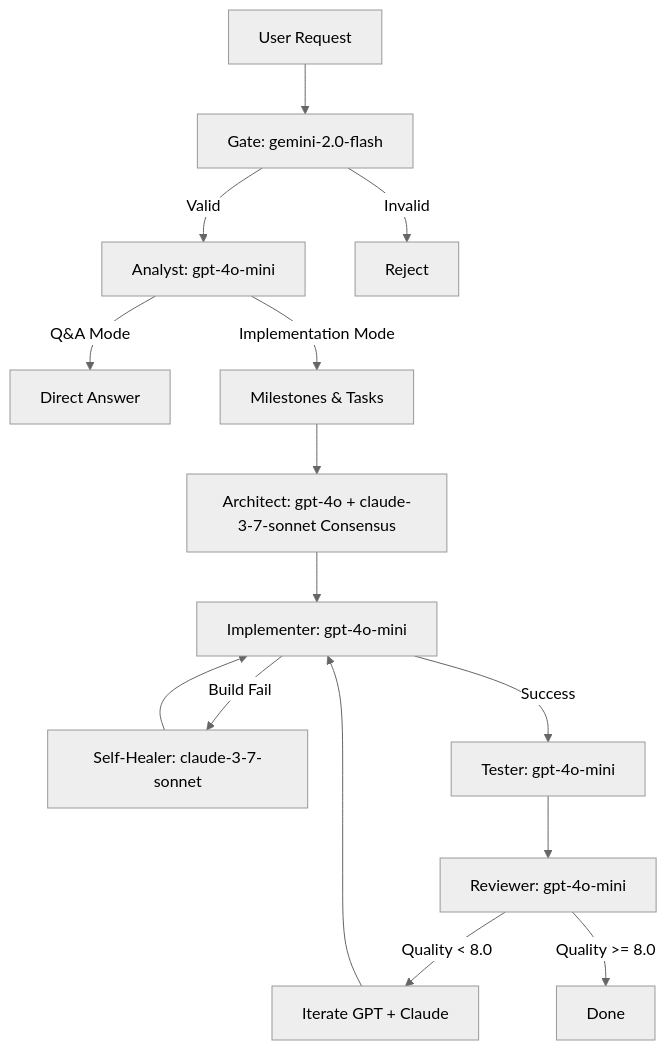
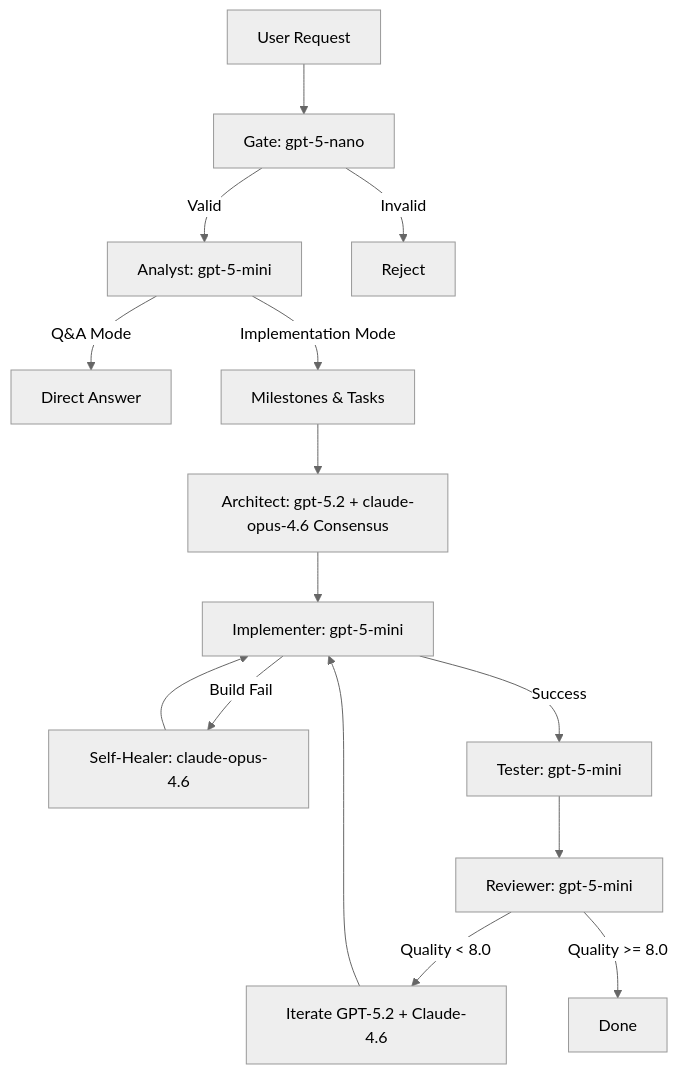
One commit to sasonaldekant/ai-code-orchestrator changed the diagram in docs/CURRENT_ARCHITECTURE.md. Above: the diagram before and after it, drawn with Mermaid (neutral theme). The commit also changed other lines of this file and 24 other files, not shown here.

````diff
--- a/docs/CURRENT_ARCHITECTURE.md
+++ b/docs/CURRENT_ARCHITECTURE.md
@@ -203,19 +203,19 @@
 ```mermaid
 graph TD
-    A[User Request] --> B[Gate: gemini-2.0-flash]
-    B -->|Valid| C[Analyst: gpt-4o-mini]
+    A[User Request] --> B[Gate: gpt-5-nano]
+    B -->|Valid| C[Analyst: gpt-5-mini]
     B -->|Invalid| Z[Reject]
     
     C -->|Q&A Mode| D[Direct Answer]
     C -->|Implementation Mode| E[Milestones & Tasks]
     
-    E --> F[Architect: gpt-4o + claude-3-7-sonnet Consensus]
-    F --> G[Implementer: gpt-4o-mini]
-    G -->|Build Fail| H[Self-Healer: claude-3-7-sonnet]
+    E --> F[Architect: gpt-5.2 + claude-opus-4.6 Consensus]
+    F --> G[Implementer: gpt-5-mini]
+    G -->|Build Fail| H[Self-Healer: claude-opus-4.6]
     H --> G
-    G -->|Success| I[Tester: gpt-4o-mini]
-    I --> J[Reviewer: gpt-4o-mini]
-    J -->|Quality < 8.0| K[Iterate GPT + Claude]
+    G -->|Success| I[Tester: gpt-5-mini]
+    I --> J[Reviewer: gpt-5-mini]
+    J -->|Quality < 8.0| K[Iterate GPT-5.2 + Claude-4.6]
     K --> G
     J -->|Quality >= 8.0| L[Done]
 ```
````
